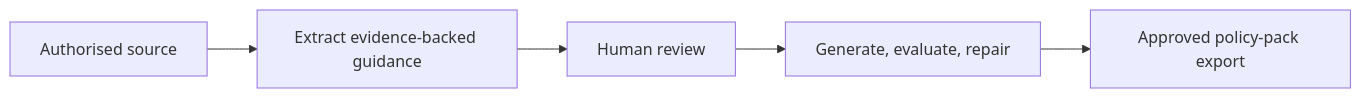
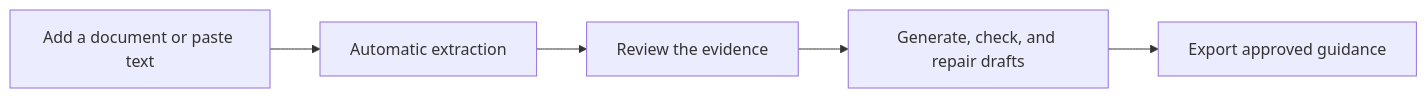
Before and after one commit to Romone6/operatorlayer: the diagram in README.md, drawn with Mermaid. The commit also changed other lines of this file and 17 other files, not shown here.

````diff
--- a/README.md
+++ b/README.md
@@ -21,7 +15,7 @@
 ```mermaid
 flowchart LR
-  A[Authorised source] --> B[Extract evidence-backed guidance]
-  B --> C[Human review]
-  C --> D[Generate, evaluate, repair]
-  D --> E[Approved policy-pack export]
+  A[Add a document or paste text] --> B[Automatic extraction]
+  B --> C[Review the evidence]
+  C --> D[Generate, check, and repair drafts]
+  D --> E[Export approved guidance]
 ```
````
